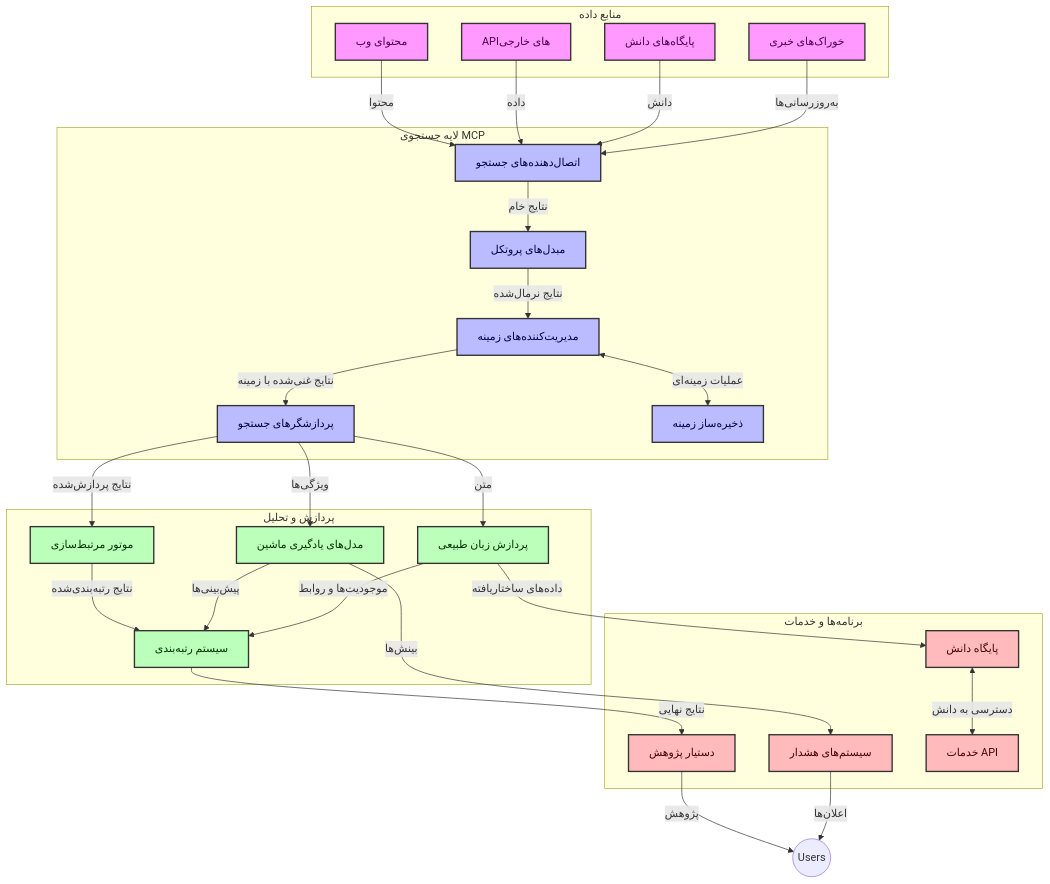
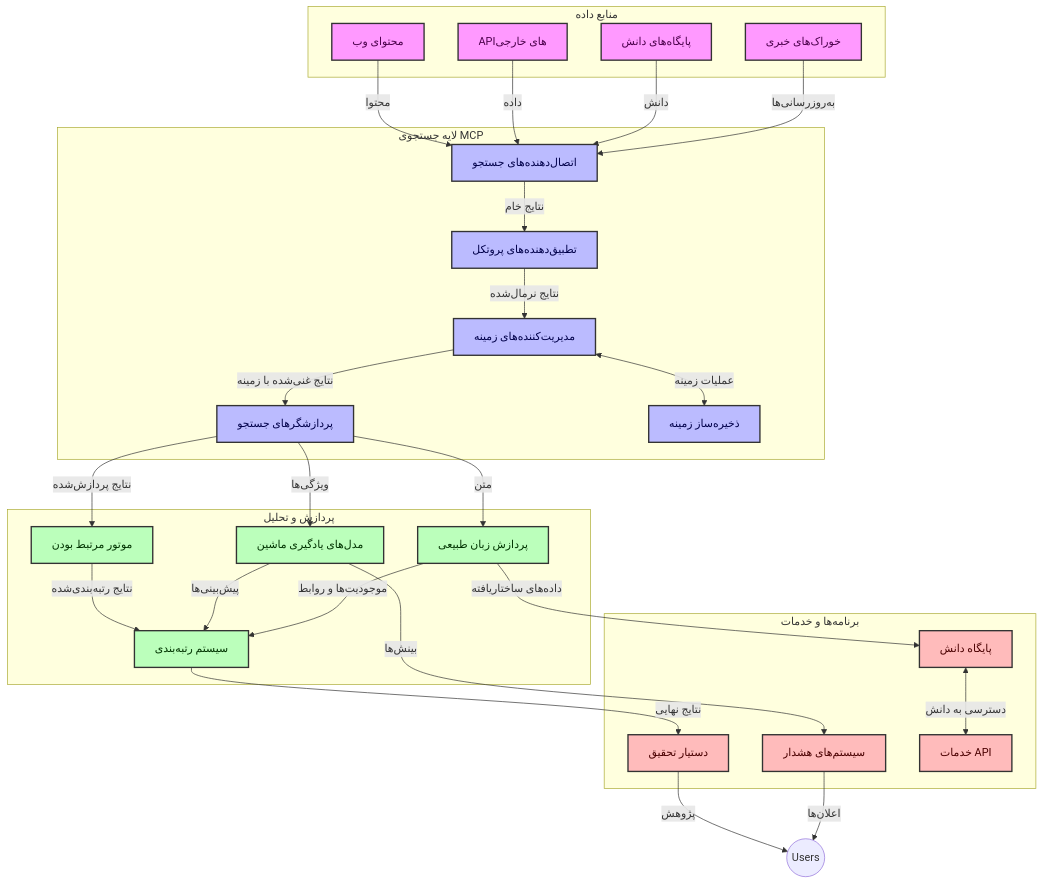
The first of 4 diagrams in translations/fa/05-AdvancedTopics/mcp-realtimesearch/README.md (microsoft/mcp-for-beginners), drawn with Mermaid before and after one commit. The commit also changed other lines of this file and 118 other files, not shown here.

````diff
--- a/translations/fa/05-AdvancedTopics/mcp-realtimesearch/README.md
+++ b/translations/fa/05-AdvancedTopics/mcp-realtimesearch/README.md
@@ -109,66 +109,66 @@
 ```mermaid
 graph TD
     subgraph "منابع داده"
         Web[محتوای وب]
         APIs[APIهای خارجی]
         DB[پایگاه‌های دانش]
         News[خوراک‌های خبری]
     end
 
     subgraph "لایه جستجوی MCP"
         SC[اتصال‌دهنده‌های جستجو]
-        PA[مبدل‌های پروتکل]
+        PA[تطبیق‌دهنده‌های پروتکل]
         CH[مدیریت‌کننده‌های زمینه]
         SP[پردازشگرهای جستجو]
         CS[ذخیره‌ساز زمینه]
     end
 
     subgraph "پردازش و تحلیل"
-        RE[موتور مرتبط‌سازی]
+        RE[موتور مرتبط بودن]
         ML[مدل‌های یادگیری ماشین]
         NLP[پردازش زبان طبیعی]
         Rank[سیستم رتبه‌بندی]
     end
 
     subgraph "برنامه‌ها و خدمات"
-        RA[دستیار پژوهش]
+        RA[دستیار تحقیق]
         Alerts[سیستم‌های هشدار]
         KB[پایگاه دانش]
         API[خدمات API]
     end
 
     Web -->|محتوا| SC
     APIs -->|داده| SC
     DB -->|دانش| SC
     News -->|به‌روزرسانی‌ها| SC
     
     SC -->|نتایج خام| PA
     PA -->|نتایج نرمال‌شده| CH
-    CH <-->|عملیات زمینه‌ای| CS
+    CH <-->|عملیات زمینه| CS
     CH -->|نتایج غنی‌شده با زمینه| SP
     SP -->|نتایج پردازش‌شده| RE
     SP -->|ویژگی‌ها| ML
     SP -->|متن| NLP
     
     RE -->|نتایج رتبه‌بندی‌شده| Rank
     ML -->|پیش‌بینی‌ها| Rank
     NLP -->|موجودیت‌ها و روابط| Rank
     
     Rank -->|نتایج نهایی| RA
     ML -->|بینش‌ها| Alerts
     NLP -->|داده‌های ساختاریافته| KB
     
     RA -->|پژوهش| Users((Users))
     Alerts -->|اعلان‌ها| Users
     KB <-->|دسترسی به دانش| API
 
     classDef sources fill:#f9f,stroke:#333,stroke-width:2px,color:#4a004a
     classDef mcp fill:#bbf,stroke:#333,stroke-width:2px,color:#00004a
     classDef processing fill:#bfb,stroke:#333,stroke-width:2px,color:#003300
     classDef apps fill:#fbb,stroke:#333,stroke-width:2px,color:#4a0000
     
     class Web,APIs,DB,News sources
     class SC,PA,CH,SP,CS mcp
     class RE,ML,NLP,Rank processing
     class RA,Alerts,KB,API apps
 ```
````
